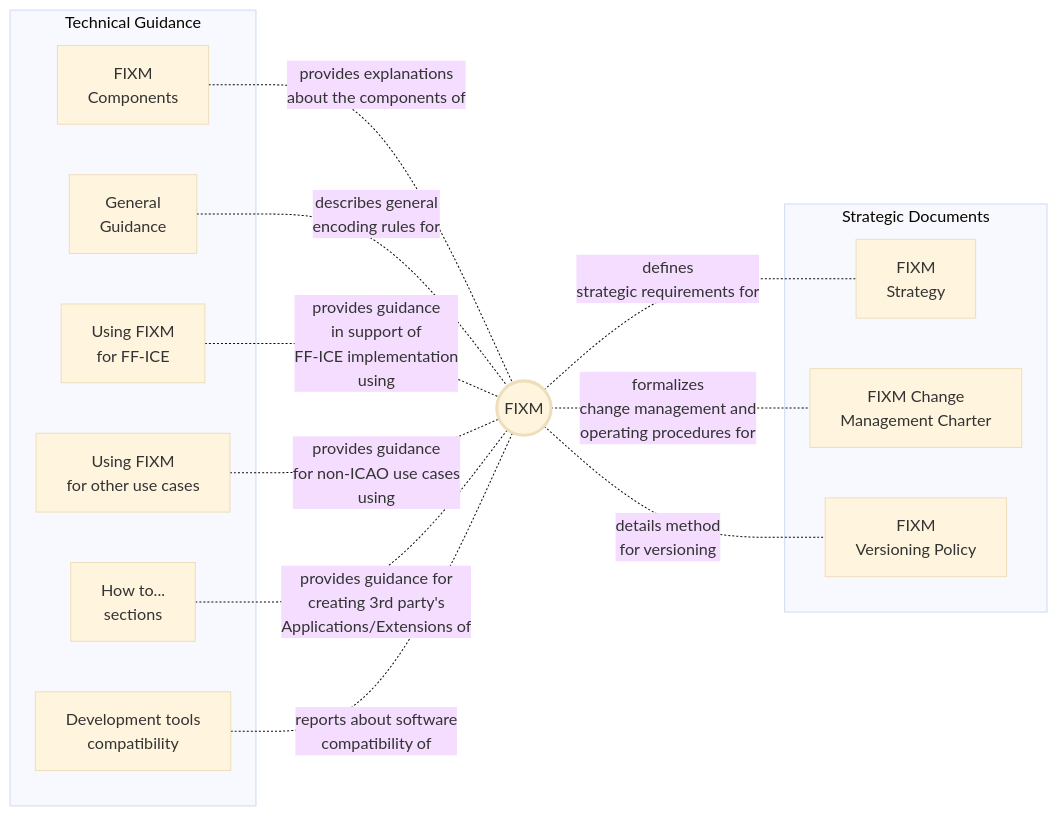
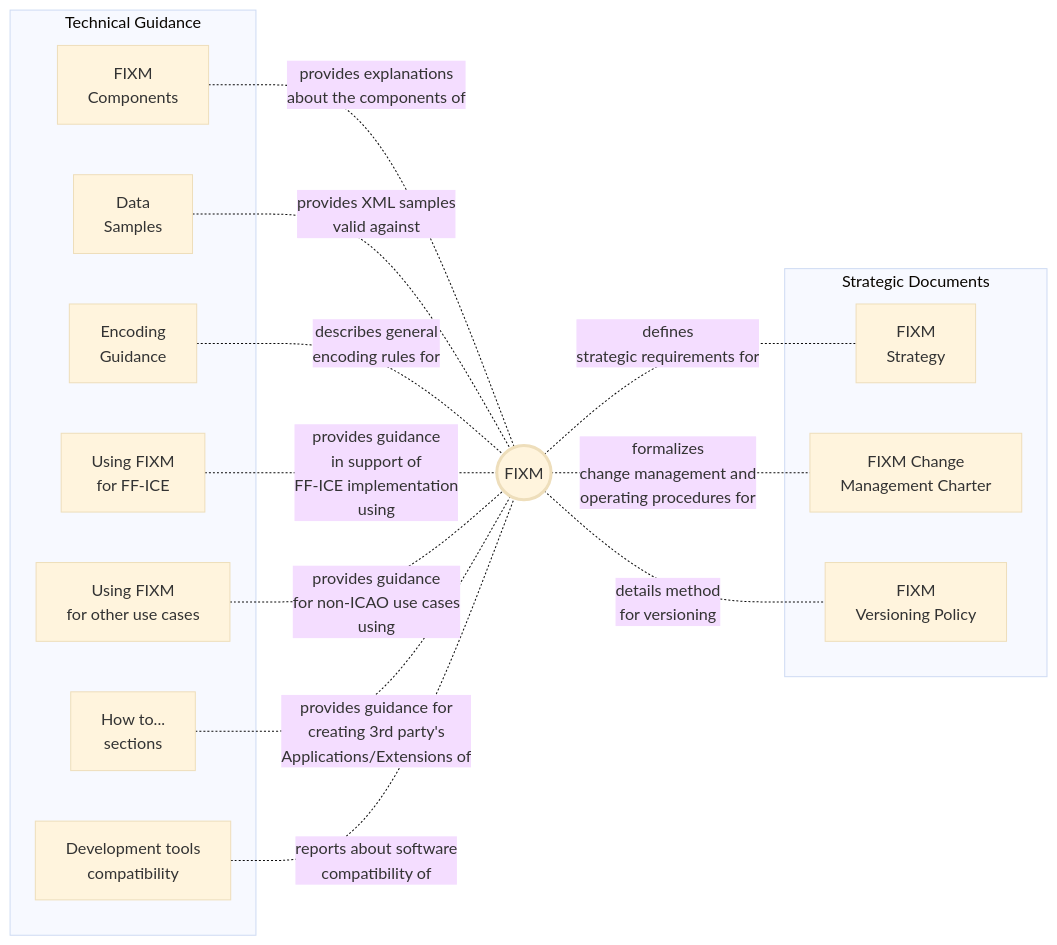
The diagram in docs/home.md (fixm-ccb/fixm-user-manual-4.3.0), drawn with Mermaid (base theme) before and after one commit. The commit also changed other lines of this file, not shown here.

````diff
--- a/docs/home.md
+++ b/docs/home.md
@@ -16,45 +16,48 @@
 ```mermaid
 graph LR
 
 FIXM((FIXM))
 
 subgraph Strategic Documents
 STRATEGY[FIXM<br>Strategy]
 CHARTER[FIXM Change<br>Management Charter]
 VERSIONING[FIXM<br>Versioning Policy]
 end
 
 subgraph Technical Guidance
 FIXM_COMPONENTS[FIXM<br>Components]
-GENERAL_GUIDANCE[General<br>Guidance]
+FIXM_DATA_SAMPLES[Data<br>Samples]
+FIXM_ENCODING_GUIDANCE[Encoding<br>Guidance]
 FIXM_FOR_FFICE[Using FIXM<br>for FF-ICE]
 FIXM_FOR_OTHER_USE[Using FIXM<br>for other use cases]
 HOW_TO[How to...<br>sections]
 FIXM_DEV_TOOLS_COMPATIBILITY[Development tools<br>compatibility]
 end
 
 FIXM -. defines<br>strategic requirements for .- STRATEGY
 FIXM -.  formalizes<br>change management and<br>operating procedures for .- CHARTER
 FIXM -.  details method<br>for versioning .- VERSIONING
 
 
 FIXM_COMPONENTS-. provides explanations<br>about the components of .- FIXM
-GENERAL_GUIDANCE-. describes general<br>encoding rules for .- FIXM
+FIXM_DATA_SAMPLES-. provides XML samples<br>valid against .- FIXM
+FIXM_ENCODING_GUIDANCE-. describes general<br>encoding rules for .- FIXM
 FIXM_FOR_FFICE-. provides guidance<br>in support of<br>FF-ICE implementation<br>using .- FIXM
 FIXM_FOR_OTHER_USE-. provides guidance<br>for non-ICAO use cases<br>using.- FIXM
 HOW_TO-. provides guidance for<br>creating 3rd party's<br>Applications/Extensions of .- FIXM
 FIXM_DEV_TOOLS_COMPATIBILITY-. reports about software<br>compatibility of.- FIXM
 
 style FIXM stroke-width:3px
 
-click STRATEGY "https://fixm-ccb.github.io/fixm-user-manual-4.3.0/#/strategic-docs/strategy" "Browse the FIXM Strategy"
-click CHARTER "https://fixm-ccb.github.io/fixm-user-manual-4.3.0/#/strategic-docs/charter" "Browse the FIXM Change Management Charter"
-click VERSIONING "https://fixm-ccb.github.io/fixm-user-manual-4.3.0/#/strategic-docs/versioning_policy" "Browse the FIXM Versioning Policy"
+click STRATEGY "https://fixm-ccb.github.io/fixm-user-manual-4.3.0-testing/#/strategic-docs/strategy" "Browse the FIXM Strategy"
+click CHARTER "https://fixm-ccb.github.io/fixm-user-manual-4.3.0-testing/#/strategic-docs/charter" "Browse the FIXM Change Management Charter"
+click VERSIONING "https://fixm-ccb.github.io/fixm-user-manual-4.3.0-testing/#/strategic-docs/versioning_policy" "Browse the FIXM Versioning Policy"
 
-click FIXM_COMPONENTS "https://fixm-ccb.github.io/fixm-user-manual-4.3.0/#/general-guidance/fixm-components-introduction" "Explanations about the main FIXM components"
-click GENERAL_GUIDANCE "https://fixm-ccb.github.io/fixm-user-manual-4.3.0/#/general-guidance/introduction" "The general rules always  applicable to FIXM"
-click FIXM_FOR_FFICE "https://fixm-ccb.github.io/fixm-user-manual-4.3.0/#/fixm-in-support-of-ffice/ffice-application-for-fixm" "Guidance about the use of FIXM for FF-ICE"
-click FIXM_FOR_OTHER_USE "https://fixm-ccb.github.io/fixm-user-manual-4.3.0/#/fixm-for-other-use-cases/using-fixm-core-without-an-application" "Guidance about the usage of FIXM in other contexts"
-click HOW_TO "https://fixm-ccb.github.io/fixm-user-manual-4.3.0/#/how-to-create-application/introduction" "The How to section for FIXM"
-click FIXM_DEV_TOOLS_COMPATIBILITY "https://fixm-ccb.github.io/fixm-user-manual-4.3.0/#/fixm-development-tool-compatibility/introduction" "Information about the compatibility of FIXM with mainstream development tools"
+click FIXM_COMPONENTS "https://fixm-ccb.github.io/fixm-user-manual-4.3.0-testing/#/general-guidance/introduction?id=fixm-encoding-guidance" "Explanations about the main FIXM components"
+click FIXM_DATA_SAMPLES "https://fixm-ccb.github.io/fixm-user-manual-4.3.0-testing/#/fixm-data-samples/overview" "FIXM data samples"
+click FIXM_ENCODING_GUIDANCE "https://fixm-ccb.github.io/fixm-user-manual-4.3.0-testing/#/general-guidance/fx_overview" "The general rules always applicable to FIXM"
+click FIXM_FOR_FFICE "https://fixm-ccb.github.io/fixm-user-manual-4.3.0-testing/#/fixm-in-support-of-ffice/ffice-application-for-fixm" "Guidance about the use of FIXM for FF-ICE"
+click FIXM_FOR_OTHER_USE "https://fixm-ccb.github.io/fixm-user-manual-4.3.0-testing/#/fixm-for-other-use-cases/using-fixm-core-without-an-application" "Guidance about the usage of FIXM in other contexts"
+click HOW_TO "https://fixm-ccb.github.io/fixm-user-manual-4.3.0-testing/#/how-to-create-application/introduction" "The How to section for FIXM"
+click FIXM_DEV_TOOLS_COMPATIBILITY "https://fixm-ccb.github.io/fixm-user-manual-4.3.0-testing/#/fixm-development-tool-compatibility/introduction" "Information about the compatibility of FIXM with mainstream development tools"
 ```
````
